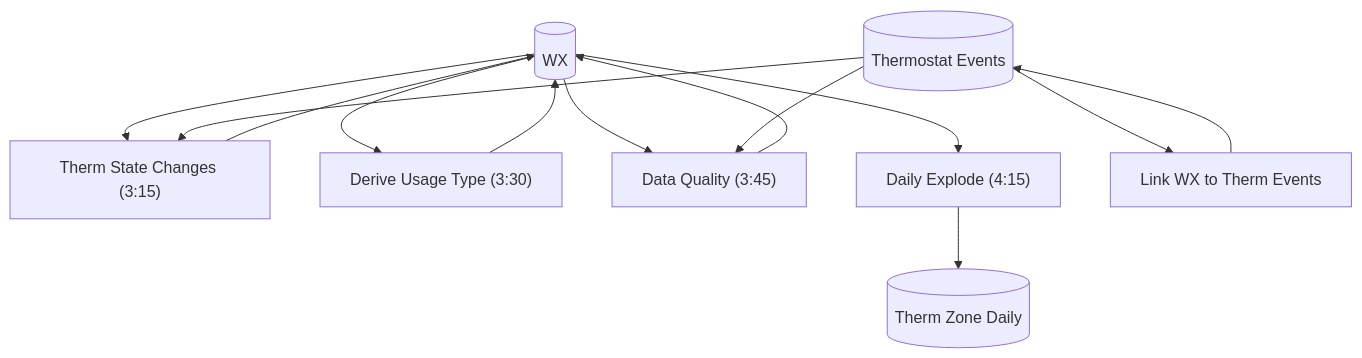
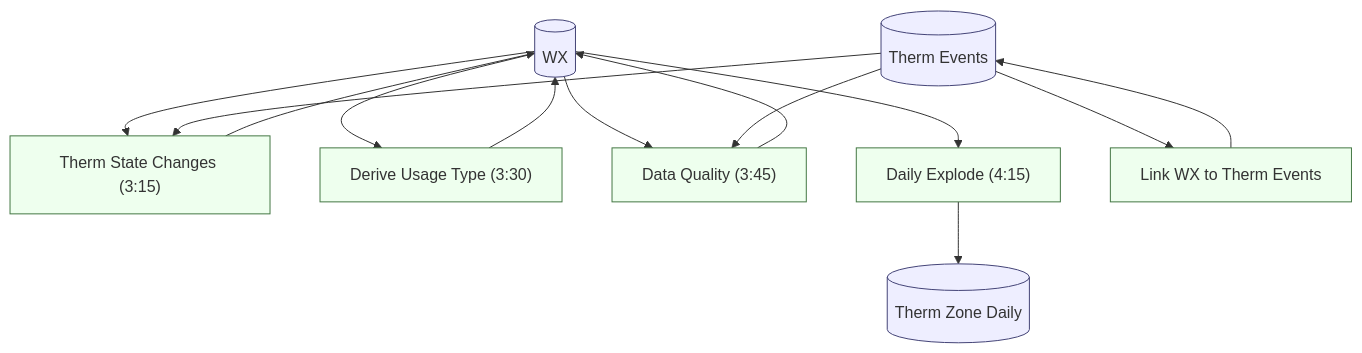
The diagram in docs/automations/PIPELINE_thermostats.md (darrenchilton/weather-fetcher), drawn with Mermaid before and after one commit.

Commit message:
Improve DAG: style tables vs automations and normalize node sizes

````diff
--- a/docs/automations/PIPELINE_thermostats.md
+++ b/docs/automations/PIPELINE_thermostats.md
@@ -22,43 +22,53 @@
 ```mermaid
 flowchart TD
 
   %% =========================
   %% TABLES
   %% =========================
   WX[(WX)]
-  TE[(Thermostat Events)]
+  TE[(Therm Events)]
   ZD[(Therm Zone Daily)]
 
   %% WX: tblhUuES8IxQyoBqe (1 record per local day)
   %% TE: tblvd80WJDrMLCUfm (event log)
   %% ZD: tbld4NkVaJZMXUDcZ (derived-only)
 
   %% =========================
   %% AUTOMATIONS
   %% =========================
   A1["Therm State Changes (3:15)"]
   A2["Derive Usage Type (3:30)"]
   A3["Data Quality (3:45)"]
   A4["Daily Explode (4:15)"]
   L1["Link WX to Therm Events"]
 
   %% =========================
   %% FLOWS
   %% =========================
 
   TE --> L1 --> TE
 
   WX --> A1
   TE --> A1
   A1 --> WX
 
   WX --> A2
   A2 --> WX
 
   WX --> A3
   TE --> A3
   A3 --> WX
 
   WX --> A4
   A4 --> ZD
+
+  %% =========================
+  %% STYLES
+  %% =========================
+  classDef table fill:#eef,stroke:#447,stroke-width:1px;
+  classDef automation fill:#efe,stroke:#474,stroke-width:1px;
+
+  class WX,TE,ZD table;
+  class A1,A2,A3,A4,L1 automation;
+
 ```
````
